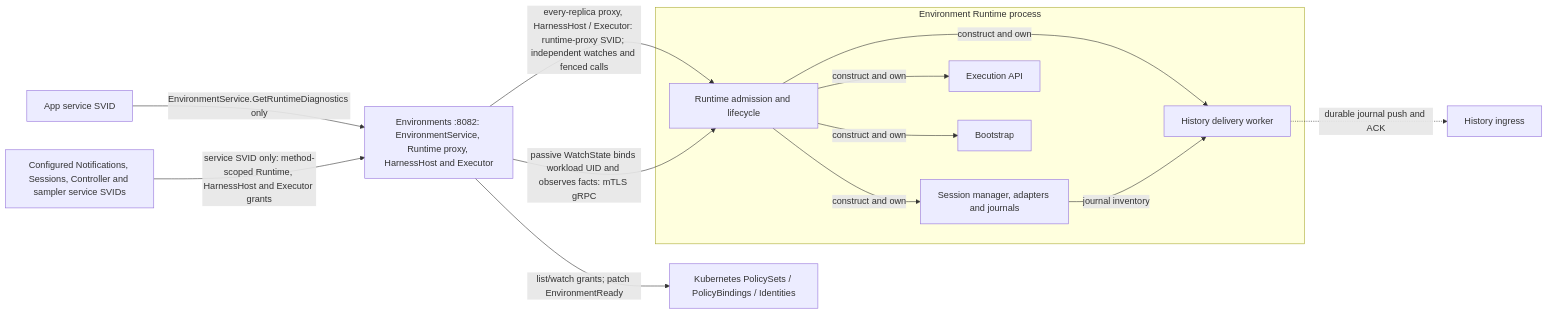
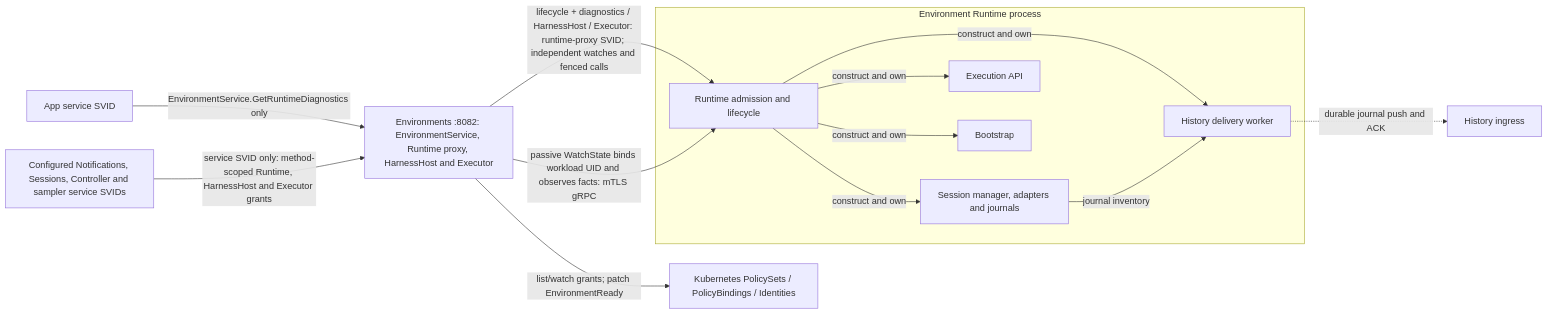
Before and after one commit to agentydragon/ducktape: the seventh of 18 diagrams in agentplane/docs/system_overview.md, drawn with Mermaid. The commit also changed 78 other files, not shown here.

Commit message:
Remove Session RPCs from EnvironmentRuntime and its proxy

````diff
--- a/agentplane/docs/system_overview.md
+++ b/agentplane/docs/system_overview.md
@@ -521,21 +521,21 @@
 ```mermaid
 flowchart LR
     app[App service SVID] -->|EnvironmentService.GetRuntimeDiagnostics only| sandboxctl
     services[Configured Notifications, Sessions, Controller and sampler service SVIDs]
     services -->|service SVID only: method-scoped Runtime, HarnessHost and Executor grants| sandboxctl
     subgraph environment_runtime[Environment Runtime process]
       runtime[Runtime admission and lifecycle]
       sessions[Session manager, adapters and journals]
       execution[Execution API]
       bootstrap[Bootstrap]
       delivery[History delivery worker]
       runtime -->|construct and own| sessions & execution & bootstrap & delivery
       sessions -->|journal inventory| delivery
     end
     history[History ingress]
-    sandboxctl -->|every-replica proxy, HarnessHost / Executor: runtime-proxy SVID; independent watches and fenced calls| runtime
+    sandboxctl -->|lifecycle + diagnostics / HarnessHost / Executor: runtime-proxy SVID; independent watches and fenced calls| runtime
     policy_api[Kubernetes PolicySets / PolicyBindings / Identities]
     sandboxctl -->|list/watch grants; patch EnvironmentReady| policy_api
     sandboxctl[Environments :8082: EnvironmentService, Runtime proxy, HarnessHost and Executor] -->|passive WatchState binds workload UID and observes facts: mTLS gRPC| runtime
     delivery -.->|durable journal push and ACK| history
 ```
````
